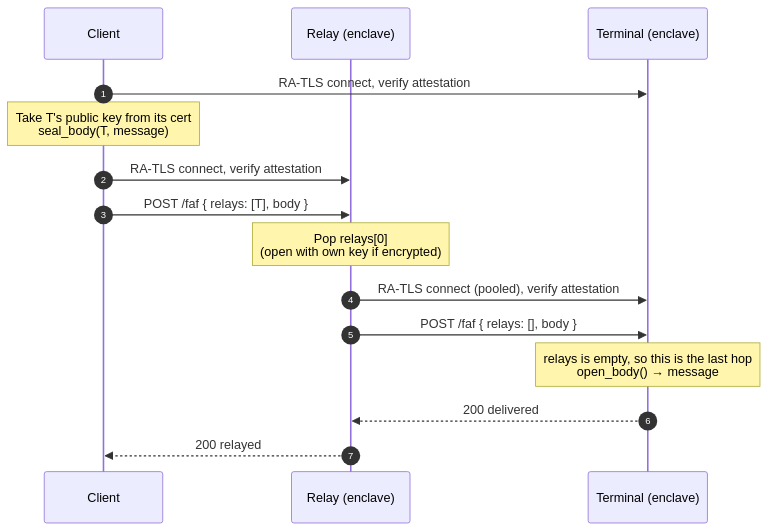
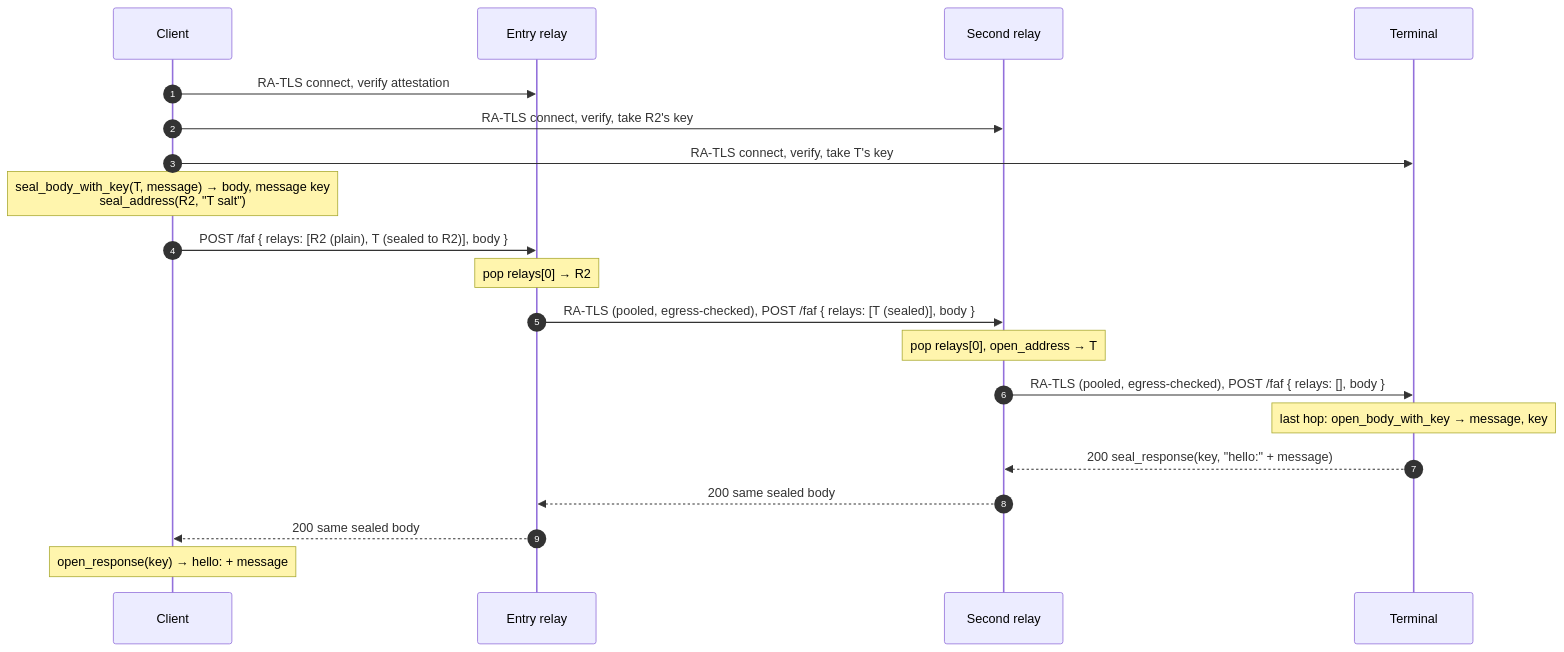
The seventh of 10 diagrams in docs/src/ARCHITECTURE.md (Lanetus/TTKServer), drawn with Mermaid before and after one commit. The commit also changed other lines of this file and 9 other files, not shown here.

First line of the commit message:
fix: update the mdBook architecture docs to the current workspace (#76)

````diff
--- a/docs/src/ARCHITECTURE.md
+++ b/docs/src/ARCHITECTURE.md
@@ -250,18 +345,23 @@
 ```mermaid
 sequenceDiagram
     autonumber
     participant C as Client
-    participant R as Relay (enclave)
-    participant T as Terminal (enclave)
+    participant R1 as Entry relay
+    participant R2 as Second relay
+    participant T as Terminal
 
-    C->>T: RA-TLS connect, verify attestation
-    Note over C: Take T's public key from its cert<br/>seal_body(T, message)
-    C->>R: RA-TLS connect, verify attestation
-    C->>R: POST /faf { relays: [T], body }
-    Note over R: Pop relays[0]<br/>(open with own key if encrypted)
-    R->>T: RA-TLS connect (pooled), verify attestation
-    R->>T: POST /faf { relays: [], body }
-    Note over T: relays is empty, so this is the last hop<br/>open_body() → message
-    T-->>R: 200 delivered
-    R-->>C: 200 relayed
+    C->>R1: RA-TLS connect, verify attestation
+    C->>R2: RA-TLS connect, verify, take R2's key
+    C->>T: RA-TLS connect, verify, take T's key
+    Note over C: seal_body_with_key(T, message) → body, message key<br/>seal_address(R2, "T salt")
+    C->>R1: POST /faf { relays: [R2 (plain), T (sealed to R2)], body }
+    Note over R1: pop relays[0] → R2
+    R1->>R2: RA-TLS (pooled, egress-checked), POST /faf { relays: [T (sealed)], body }
+    Note over R2: pop relays[0], open_address → T
+    R2->>T: RA-TLS (pooled, egress-checked), POST /faf { relays: [], body }
+    Note over T: last hop: open_body_with_key → message, key
+    T-->>R2: 200 seal_response(key, "hello:" + message)
+    R2-->>R1: 200 same sealed body
+    R1-->>C: 200 same sealed body
+    Note over C: open_response(key) → hello: + message
 ```
````
